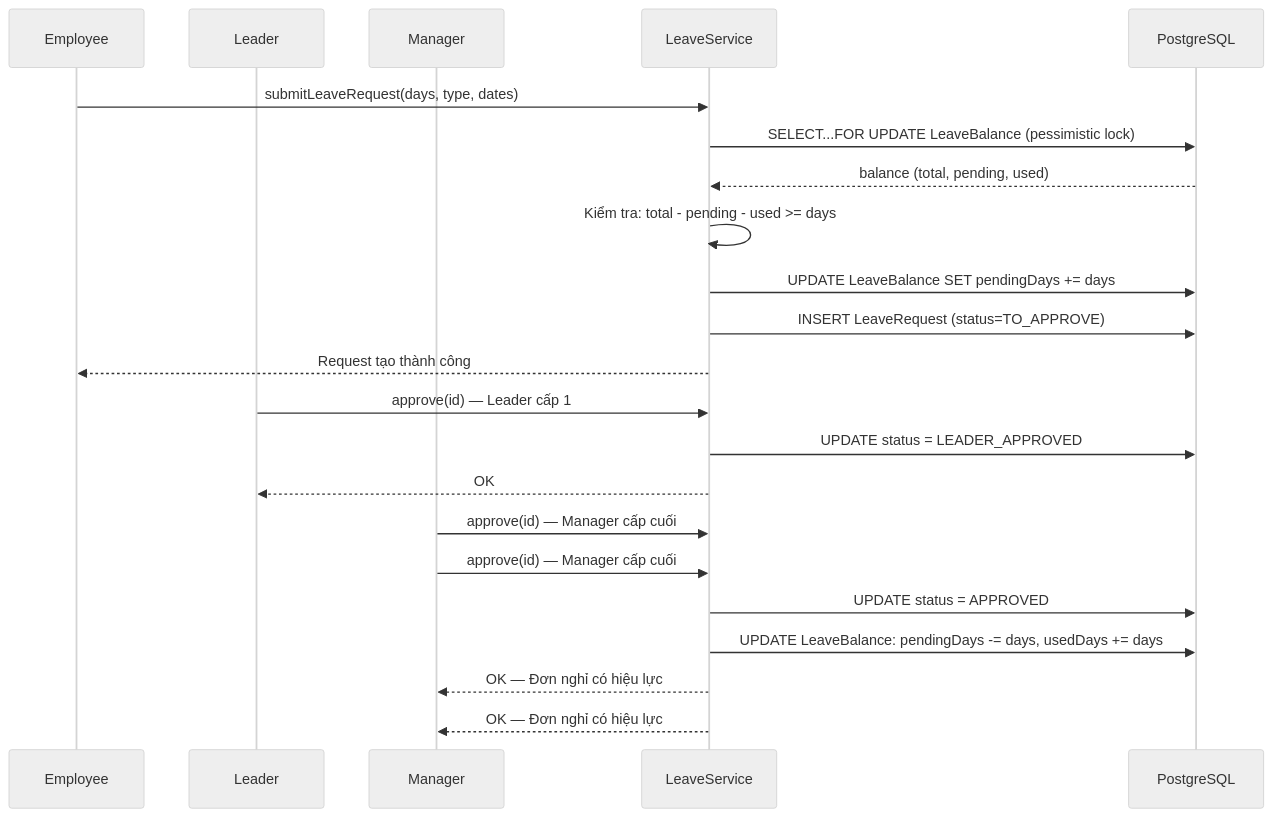
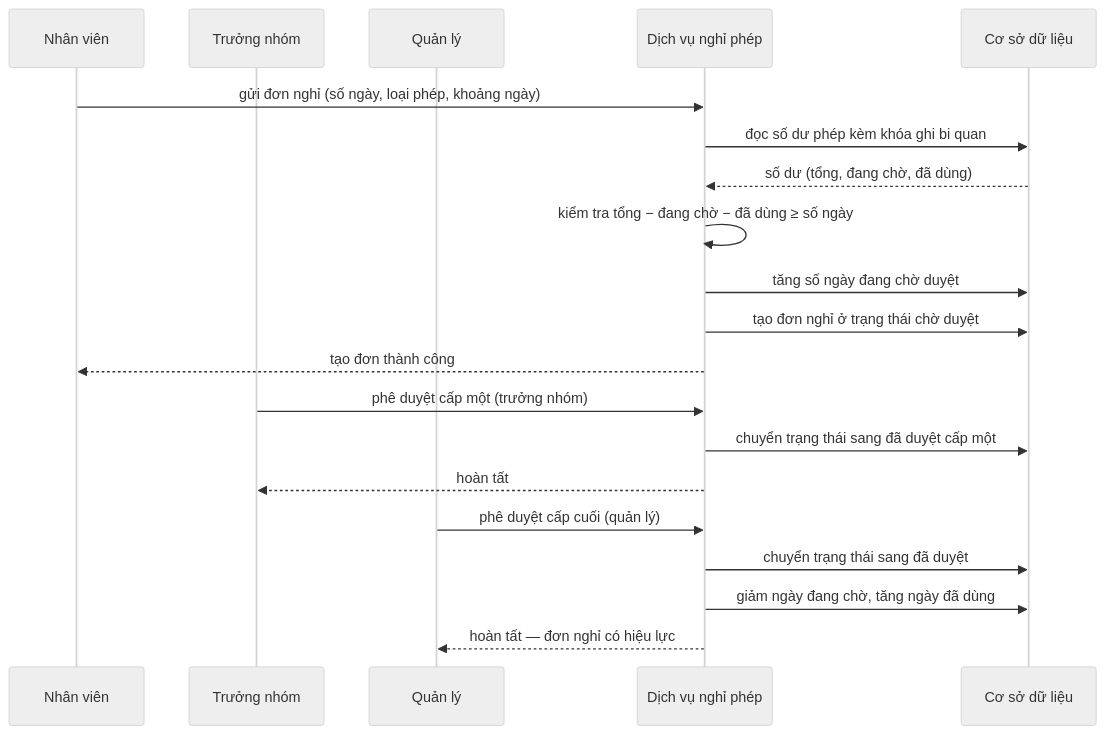
Before and after one commit to NBachTH/HRMS: diagram 18 of 19 in docs/DATN_20204812_NguyenThanhBach/DATN_20204812_NguyenThanhBach.md, drawn with Mermaid (neutral theme). The commit also changed other lines of this file, not shown here.

````diff
--- a/docs/DATN_20204812_NguyenThanhBach/DATN_20204812_NguyenThanhBach.md
+++ b/docs/DATN_20204812_NguyenThanhBach/DATN_20204812_NguyenThanhBach.md
@@ -2027,27 +1584,25 @@
 ```mermaid
 sequenceDiagram
-    participant EMP as Employee
-    participant LD as Leader
-    participant MG as Manager
-    participant LS as LeaveService
-    participant DB as PostgreSQL
+    participant EMP as Nhân viên
+    participant LD as Trưởng nhóm
+    participant MG as Quản lý
+    participant LS as Dịch vụ nghỉ phép
+    participant DB as Cơ sở dữ liệu
 
-    EMP->>LS: submitLeaveRequest(days, type, dates)
-    LS->>DB: SELECT...FOR UPDATE LeaveBalance (pessimistic lock)
-    DB-->>LS: balance (total, pending, used)
-    LS->>LS: Kiểm tra: total - pending - used >= days
-    LS->>DB: UPDATE LeaveBalance SET pendingDays += days
-    LS->>DB: INSERT LeaveRequest (status=TO_APPROVE)
-    LS-->>EMP: Request tạo thành công
+    EMP->>LS: gửi đơn nghỉ (số ngày, loại phép, khoảng ngày)
+    LS->>DB: đọc số dư phép kèm khóa ghi bi quan
+    DB-->>LS: số dư (tổng, đang chờ, đã dùng)
+    LS->>LS: kiểm tra tổng − đang chờ − đã dùng ≥ số ngày
+    LS->>DB: tăng số ngày đang chờ duyệt
+    LS->>DB: tạo đơn nghỉ ở trạng thái chờ duyệt
+    LS-->>EMP: tạo đơn thành công
 
-    LD->>LS: approve(id) — Leader cấp 1
-    LS->>DB: UPDATE status = LEADER_APPROVED
-    LS-->>LD: OK
+    LD->>LS: phê duyệt cấp một (trưởng nhóm)
+    LS->>DB: chuyển trạng thái sang đã duyệt cấp một
+    LS-->>LD: hoàn tất
 
-    MG->>LS: approve(id) — Manager cấp cuối
-    MG->>LS: approve(id) — Manager cấp cuối
-    LS->>DB: UPDATE status = APPROVED
-    LS->>DB: UPDATE LeaveBalance: pendingDays -= days, usedDays += days
-    LS-->>MG: OK — Đơn nghỉ có hiệu lực
-    LS-->>MG: OK — Đơn nghỉ có hiệu lực
+    MG->>LS: phê duyệt cấp cuối (quản lý)
+    LS->>DB: chuyển trạng thái sang đã duyệt
+    LS->>DB: giảm ngày đang chờ, tăng ngày đã dùng
+    LS-->>MG: hoàn tất — đơn nghỉ có hiệu lực
 ```
````
